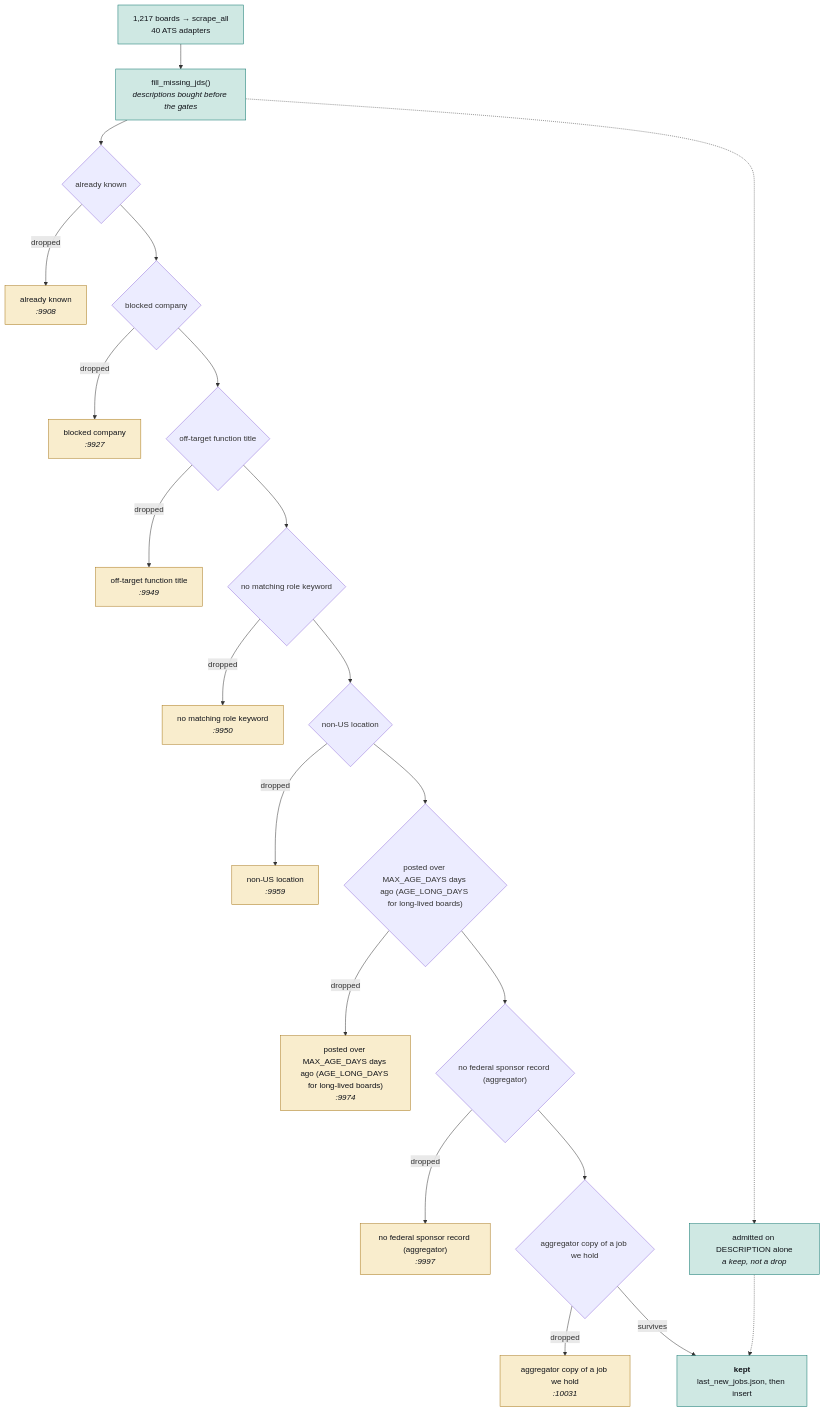
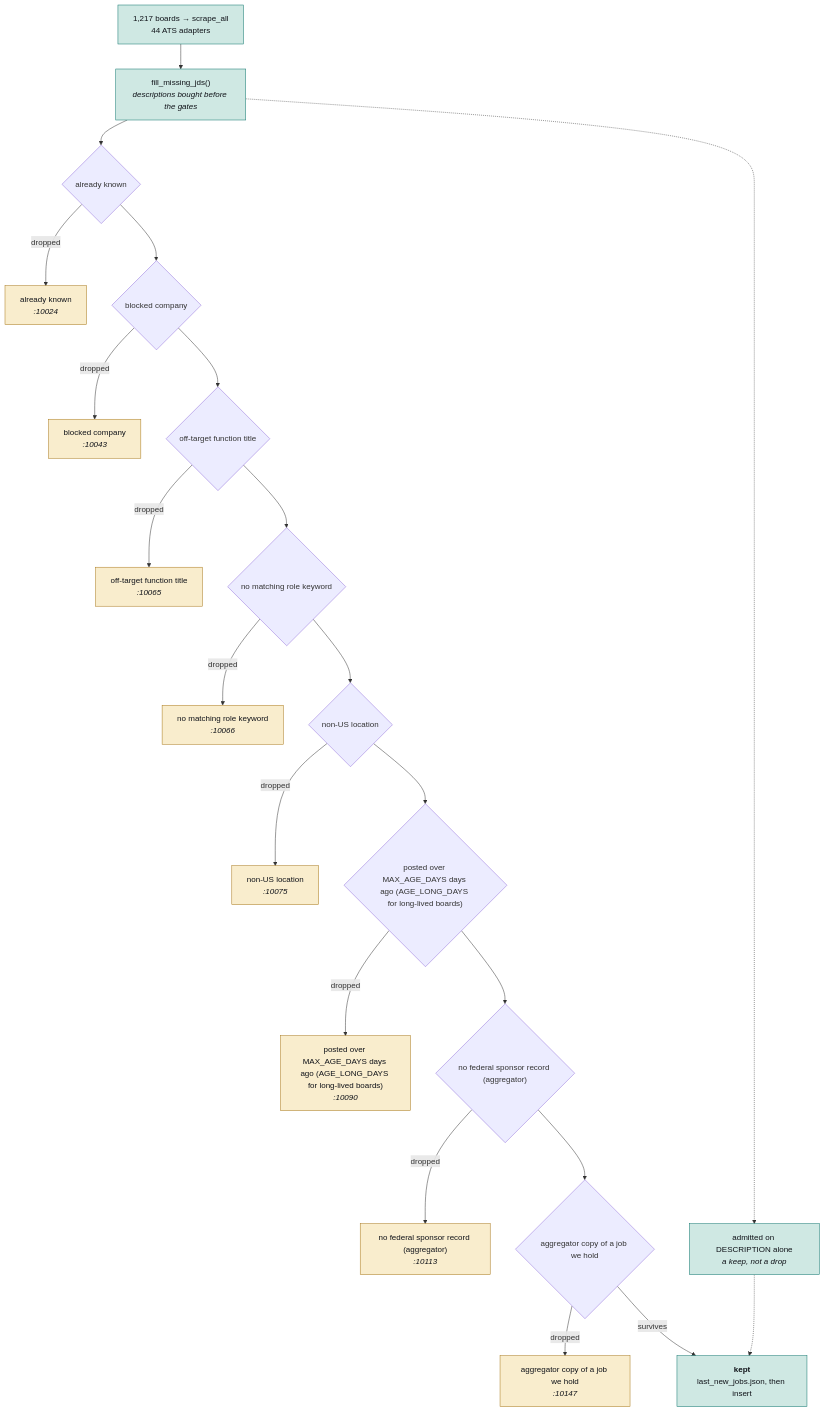
The second of 4 diagrams in JobMatch Scraper/docs/ARCHITECTURE.md (hadakunal909-debug/job-search-tool), drawn with Mermaid before and after one commit. The commit also changed other lines of this file and 23 other files, not shown here.

First line of the commit message:
boards: four adapters read the boards that had no supported ATS

````diff
--- a/JobMatch Scraper/docs/ARCHITECTURE.md
+++ b/JobMatch Scraper/docs/ARCHITECTURE.md
@@ -127,54 +127,54 @@
 ```mermaid
 flowchart TB
-  SRC["1,217 boards → scrape_all<br/>40 ATS adapters"]
+  SRC["1,217 boards → scrape_all<br/>44 ATS adapters"]
   JD["fill_missing_jds()<br/><i>descriptions bought before the gates</i>"]
   SRC --> JD
   G0{"already known"}
-  D0["already known<br/><i>:9908</i>"]
+  D0["already known<br/><i>:10024</i>"]
   JD --> G0
   G0 -->|dropped| D0
   class D0 trap
   G1{"blocked company"}
-  D1["blocked company<br/><i>:9927</i>"]
+  D1["blocked company<br/><i>:10043</i>"]
   G0 --> G1
   G1 -->|dropped| D1
   class D1 trap
   G2{"off-target function title"}
-  D2["off-target function title<br/><i>:9949</i>"]
+  D2["off-target function title<br/><i>:10065</i>"]
   G1 --> G2
   G2 -->|dropped| D2
   class D2 trap
   G3{"no matching role keyword"}
-  D3["no matching role keyword<br/><i>:9950</i>"]
+  D3["no matching role keyword<br/><i>:10066</i>"]
   G2 --> G3
   G3 -->|dropped| D3
   class D3 trap
   G4{"non-US location"}
-  D4["non-US location<br/><i>:9959</i>"]
+  D4["non-US location<br/><i>:10075</i>"]
   G3 --> G4
   G4 -->|dropped| D4
   class D4 trap
   G5{"posted over MAX_AGE_DAYS days ago (AGE_LONG_DAYS for long-lived boards)"}
-  D5["posted over MAX_AGE_DAYS days ago (AGE_LONG_DAYS for long-lived boards)<br/><i>:9974</i>"]
+  D5["posted over MAX_AGE_DAYS days ago (AGE_LONG_DAYS for long-lived boards)<br/><i>:10090</i>"]
   G4 --> G5
   G5 -->|dropped| D5
   class D5 trap
   G6{"no federal sponsor record (aggregator)"}
-  D6["no federal sponsor record (aggregator)<br/><i>:9997</i>"]
+  D6["no federal sponsor record (aggregator)<br/><i>:10113</i>"]
   G5 --> G6
   G6 -->|dropped| D6
   class D6 trap
   G7{"aggregator copy of a job we hold"}
-  D7["aggregator copy of a job we hold<br/><i>:10031</i>"]
+  D7["aggregator copy of a job we hold<br/><i>:10147</i>"]
   G6 --> G7
   G7 -->|dropped| D7
   class D7 trap
   KEEP["<b>kept</b><br/>last_new_jobs.json, then insert"]
   G7 -->|survives| KEEP
   RESCUE["admitted on DESCRIPTION alone<br/><i>a keep, not a drop</i>"]
   JD -.-> RESCUE
   RESCUE -.-> KEEP
   classDef trap fill:#f9edcd,stroke:#a8781a,color:#101319
   classDef sched fill:#cfe8e3,stroke:#0f766e,color:#101319
   class SRC,JD,KEEP,RESCUE sched
 ```
````
